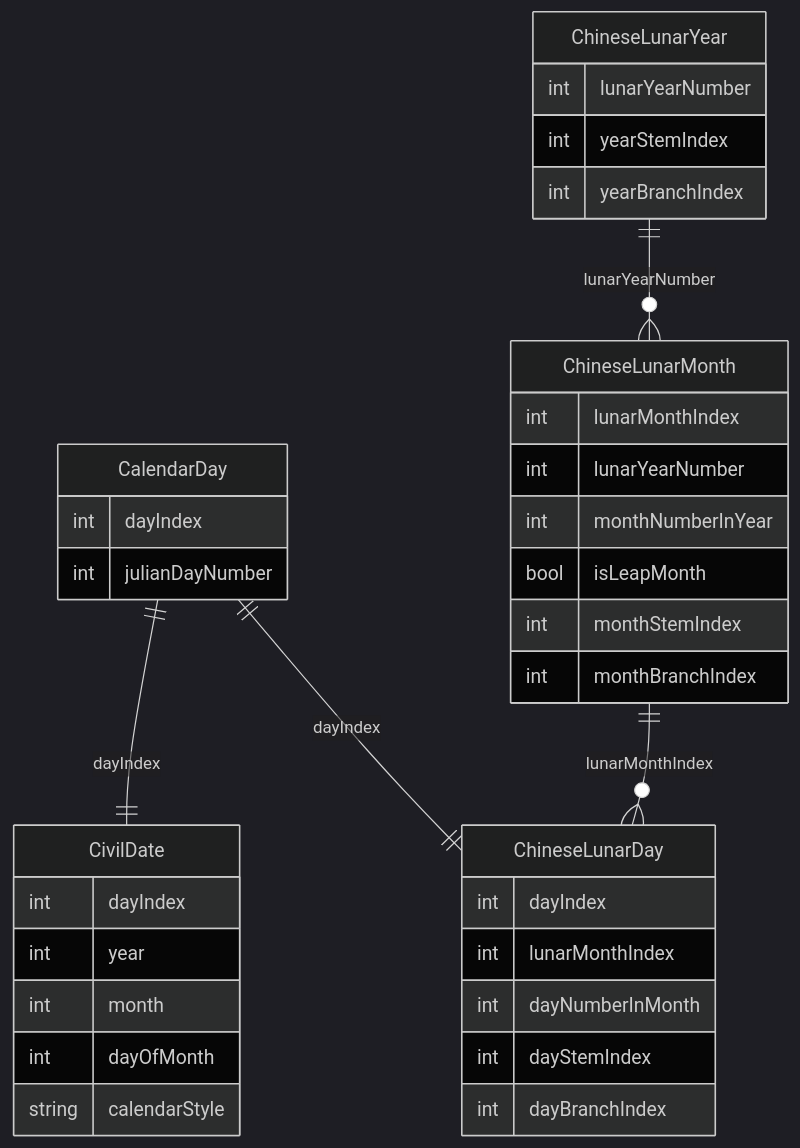
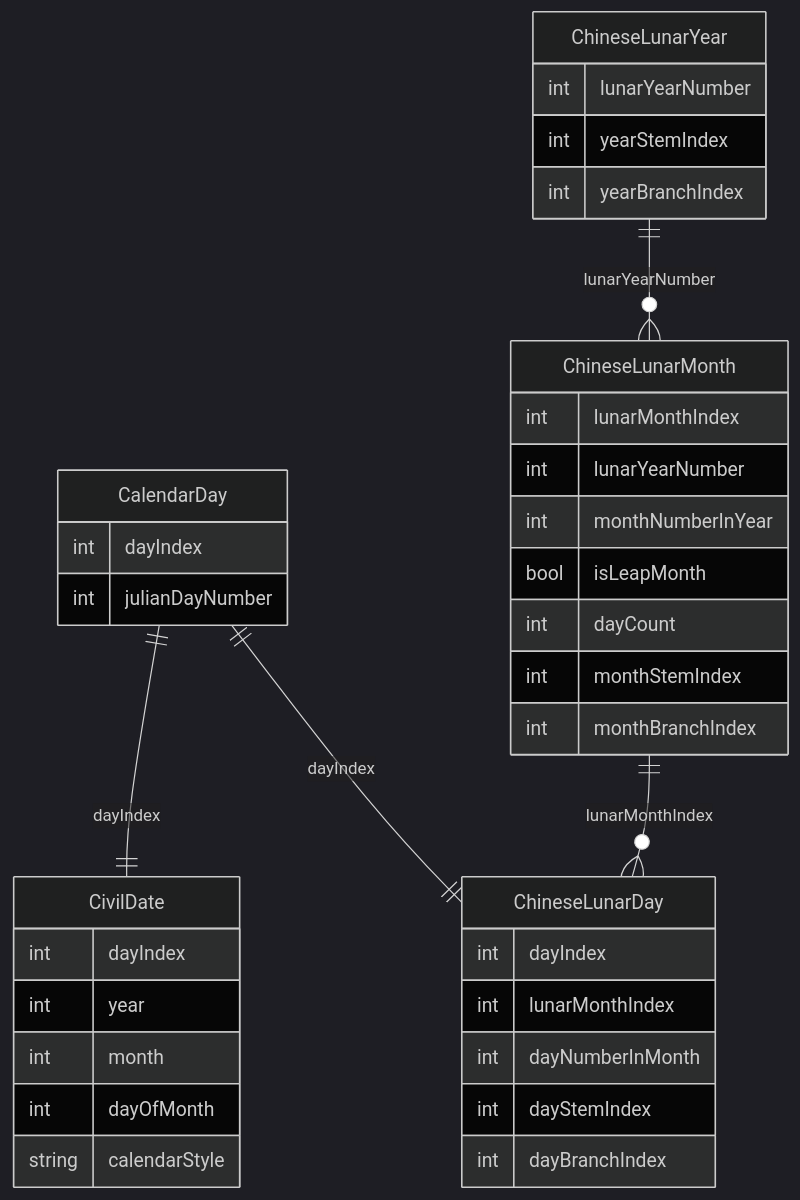
One commit to huahuahu/chinese-calendar changed the diagram in Docs/data-model-calendar.md. Above: the diagram before and after it, drawn with Mermaid (dark theme). The commit also changed other lines of this file and 2426 other files, not shown here.

````diff
--- a/Docs/data-model-calendar.md
+++ b/Docs/data-model-calendar.md
@@ -94,43 +104,44 @@
 ```mermaid
 erDiagram
     CalendarDay ||--|| CivilDate : "dayIndex"
     CalendarDay ||--|| ChineseLunarDay : "dayIndex"
     ChineseLunarYear ||--o{ ChineseLunarMonth : "lunarYearNumber"
     ChineseLunarMonth ||--o{ ChineseLunarDay : "lunarMonthIndex"
 
     CalendarDay {
         int dayIndex
         int julianDayNumber
     }
 
     CivilDate {
         int dayIndex
         int year
         int month
         int dayOfMonth
         string calendarStyle
     }
 
     ChineseLunarYear {
         int lunarYearNumber
         int yearStemIndex
         int yearBranchIndex
     }
 
     ChineseLunarMonth {
         int lunarMonthIndex
         int lunarYearNumber
         int monthNumberInYear
         bool isLeapMonth
+        int dayCount
         int monthStemIndex
         int monthBranchIndex
     }
 
     ChineseLunarDay {
         int dayIndex
         int lunarMonthIndex
         int dayNumberInMonth
         int dayStemIndex
         int dayBranchIndex
     }
 ```
````
